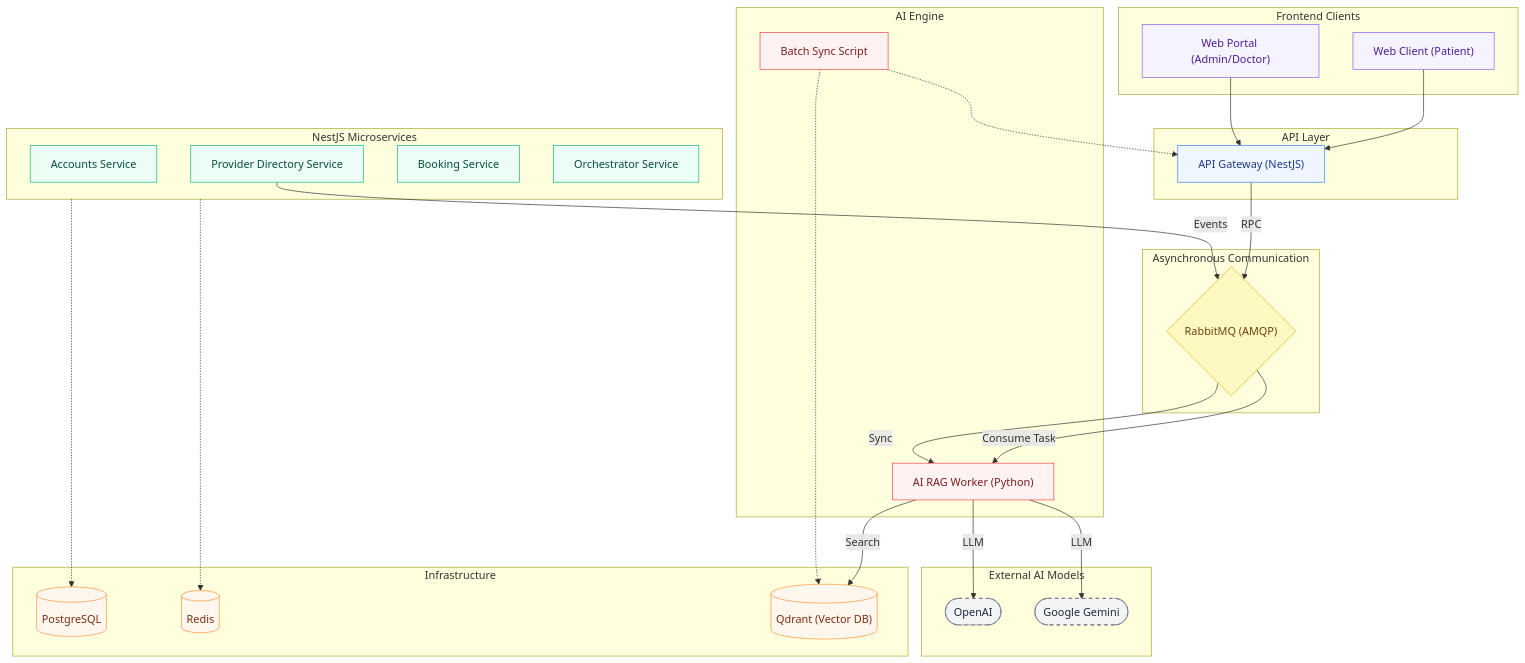
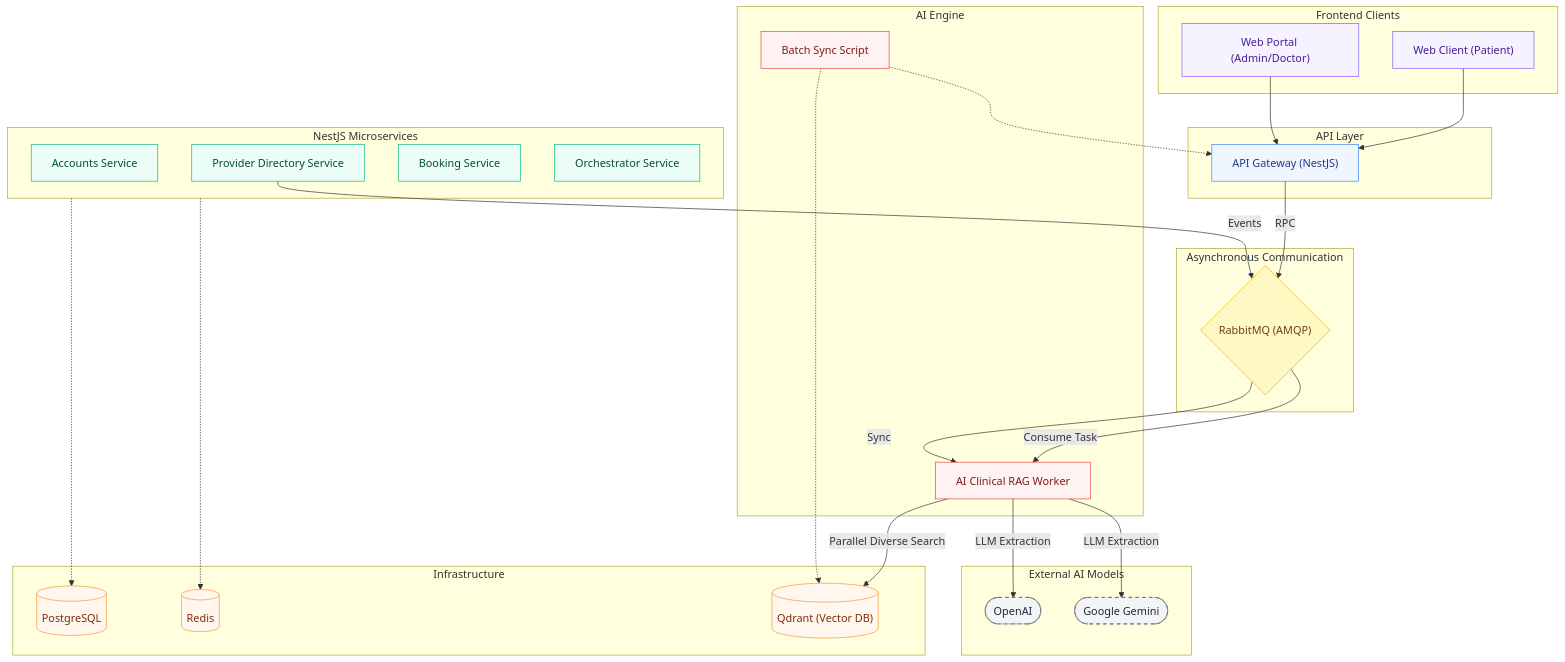
One commit to MedicaLink-Healthcare/.github changed the diagram in profile/README.md. Above: the diagram before and after it, drawn with Mermaid. The commit also changed other lines of this file, not shown here.

Commit message:
Revise AI worker and architecture details in README
Updated AI worker description and improved architectural highlights.

`````diff
--- a/profile/README.md
+++ b/profile/README.md
@@ -10,65 +10,65 @@
 ```mermaid
 flowchart TD
     %% Define styles for distinct components
     classDef client fill:#F5F3FF,stroke:#8B5CF6,stroke-width:1px,color:#4C1D95;
     classDef gw fill:#EFF6FF,stroke:#3B82F6,stroke-width:1px,color:#1E3A8A;
     classDef svc fill:#ECFDF5,stroke:#10B981,stroke-width:1px,color:#064E3B;
     classDef ai fill:#FEF2F2,stroke:#EF4444,stroke-width:1px,color:#7F1D1D;
     classDef bus fill:#FEF9C3,stroke:#EAB308,stroke-width:1px,color:#713F12;
     classDef db fill:#FFF7ED,stroke:#FB923C,stroke-width:1px,color:#7C2D12;
     classDef ext fill:#F3F4F6,stroke:#6B7280,stroke-width:1px,color:#1F2937,stroke-dasharray: 5 5;
 
     %% 1. Client Layer
     subgraph Clients["Frontend Clients"]
         WebPatient["Web Client (Patient)"]:::client
         WebStaff["Web Portal (Admin/Doctor)"]:::client
     end
 
     %% 2. Entry Point
     subgraph GatewayLayer["API Layer"]
         Gateway["API Gateway (NestJS)"]:::gw
     end
 
     %% 3. Message Broker
     subgraph EventBus["Asynchronous Communication"]
         RMQ{"RabbitMQ (AMQP)"}:::bus
     end
 
     %% 4. Core Node.js Services
     subgraph CoreServices["NestJS Microservices"]
         ACC["Accounts Service"]:::svc
         PROV["Provider Directory Service"]:::svc
         BOOK["Booking Service"]:::svc
         ORCH["Orchestrator Service"]:::svc
     end
 
     %% 5. AI Python Service
     subgraph AIServiceLayer["AI Engine"]
-        AIWorker["AI RAG Worker (Python)"]:::ai
+        AIWorker["AI Clinical RAG Worker"]:::ai
         SyncBatch["Batch Sync Script"]:::ai
     end
 
     %% 6. Infrastructure
     subgraph Infrastructure["Infrastructure"]
         Postgres[("PostgreSQL")]:::db
         Redis[("Redis")]:::db
         Qdrant[("Qdrant (Vector DB)")]:::db
     end
 
     %% 7. External LLM APIs
     subgraph ExternalAPIs["External AI Models"]
         OpenAI(["OpenAI"]):::ext
         Gemini(["Google Gemini"]):::ext
     end
 
     %% Relationships
     WebPatient & WebStaff --> Gateway
     Gateway -- "RPC" --> RMQ
     RMQ -- "Consume Task" --> AIWorker
-    AIWorker -- "Search" --> Qdrant
-    AIWorker -- "LLM" --> OpenAI & Gemini
+    AIWorker -- "Parallel Diverse Search" --> Qdrant
+    AIWorker -- "LLM Extraction" --> OpenAI & Gemini
     CoreServices -.-> Postgres & Redis
     PROV -- "Events" --> RMQ
     RMQ -- "Sync" --> AIWorker
     SyncBatch -.-> Gateway & Qdrant
-````
+```
`````
